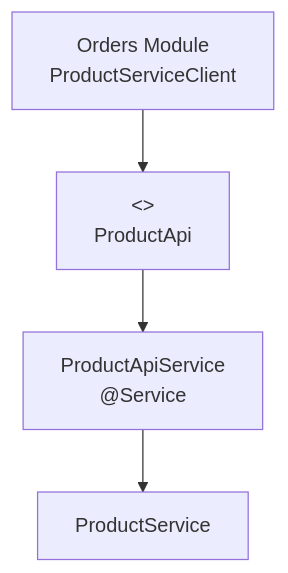
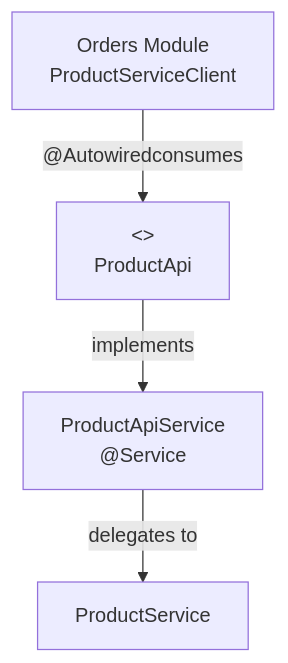
One commit to philipz/spring-modular-monolith changed the second of 5 diagrams in docs/deepwiki/Catalog-Module.md. Above: the diagram before and after it, drawn with Mermaid. The commit also changed other lines of this file and 55 other files, not shown here.

````diff
--- a/docs/deepwiki/Catalog-Module.md
+++ b/docs/deepwiki/Catalog-Module.md
@@ -173,12 +173,12 @@
 ```mermaid
 flowchart TD
 
 ProductApi["<><br>ProductApi"]
 ProductApiService["ProductApiService<br>@Service"]
 ProductService["ProductService"]
 OrdersModule["Orders Module<br>ProductServiceClient"]
 
-ProductApi --> ProductApiService
-ProductApiService --> ProductService
-OrdersModule --> ProductApi
+ProductApi -->|"implements"| ProductApiService
+ProductApiService -->|"delegates to"| ProductService
+OrdersModule -->|"@Autowiredconsumes"| ProductApi
 ```
````
